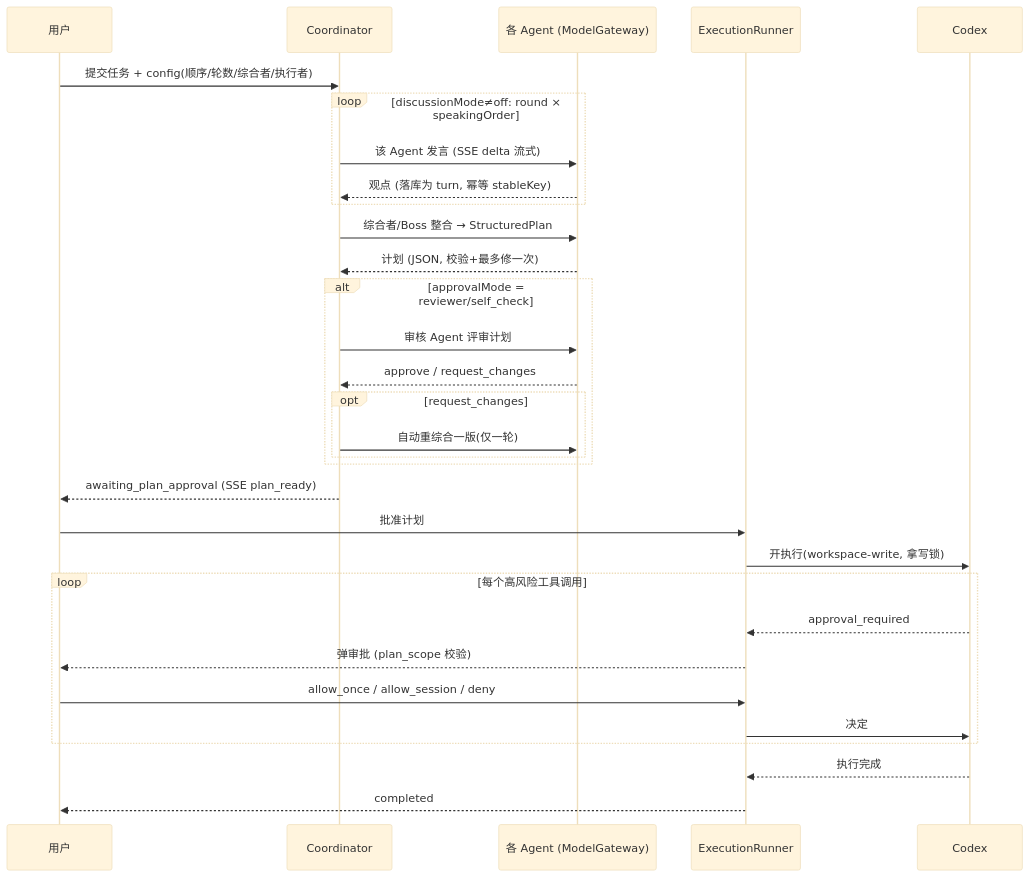
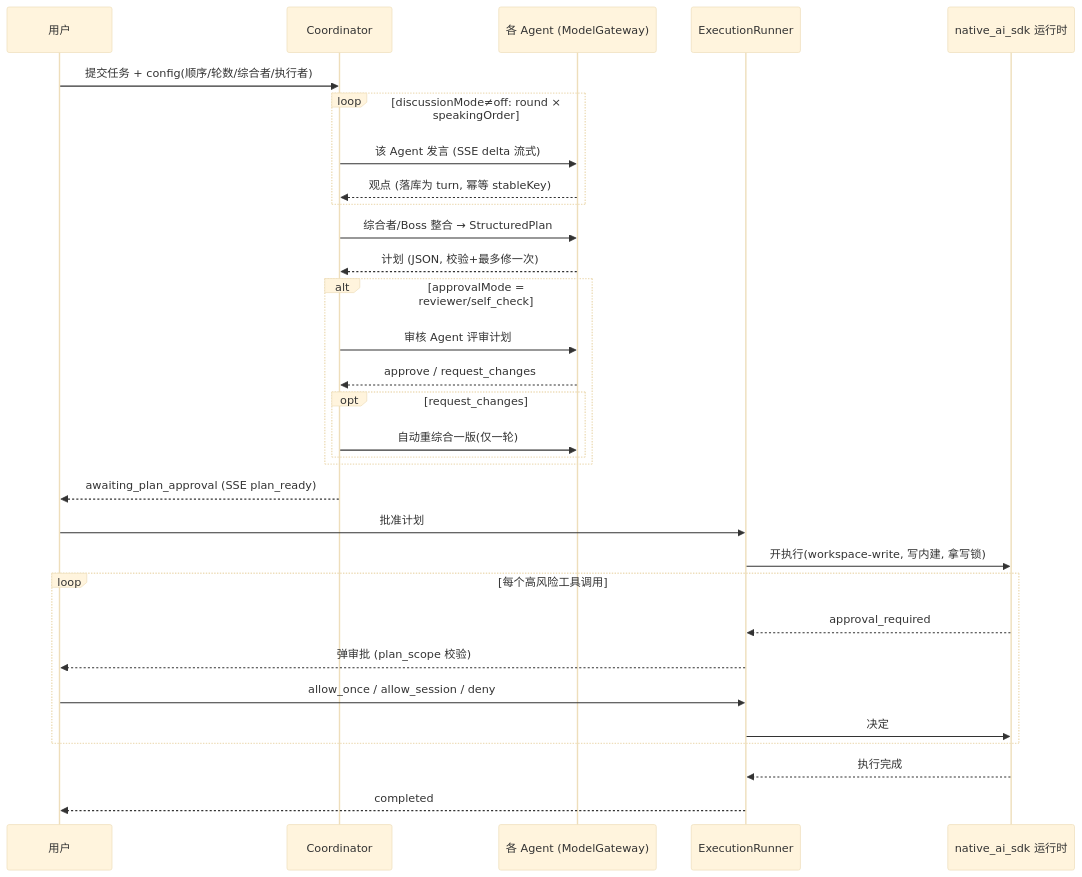
Before and after one commit to Haosen-Zhang/Socrates: the sixth of 7 diagrams in doc/architecture.md, drawn with Mermaid (base theme). The commit also changed other lines of this file and 2 other files, not shown here.

First line of the commit message:
docs: 同步架构文档到现状（Codex 已移除、native 执行、成员管理）

````diff
--- a/doc/architecture.md
+++ b/doc/architecture.md
@@ -274,34 +283,34 @@
 ```mermaid
 sequenceDiagram
   participant U as 用户
   participant Co as Coordinator
   participant A as 各 Agent (ModelGateway)
   participant Ex as ExecutionRunner
-  participant Cx as Codex
+  participant Cx as native_ai_sdk 运行时
 
   U->>Co: 提交任务 + config(顺序/轮数/综合者/执行者)
   loop discussionMode≠off: round × speakingOrder
     Co->>A: 该 Agent 发言 (SSE delta 流式)
     A-->>Co: 观点 (落库为 turn, 幂等 stableKey)
   end
   Co->>A: 综合者/Boss 整合 → StructuredPlan
   A-->>Co: 计划 (JSON, 校验+最多修一次)
   alt approvalMode = reviewer/self_check
     Co->>A: 审核 Agent 评审计划
     A-->>Co: approve / request_changes
     opt request_changes
       Co->>A: 自动重综合一版(仅一轮)
     end
   end
   Co-->>U: awaiting_plan_approval (SSE plan_ready)
   U->>Ex: 批准计划
-  Ex->>Cx: 开执行(workspace-write, 拿写锁)
+  Ex->>Cx: 开执行(workspace-write, 写内建, 拿写锁)
   loop 每个高风险工具调用
     Cx-->>Ex: approval_required
     Ex-->>U: 弹审批 (plan_scope 校验)
     U->>Ex: allow_once / allow_session / deny
     Ex->>Cx: 决定
   end
   Cx-->>Ex: 执行完成
   Ex-->>U: completed
 ```
````
